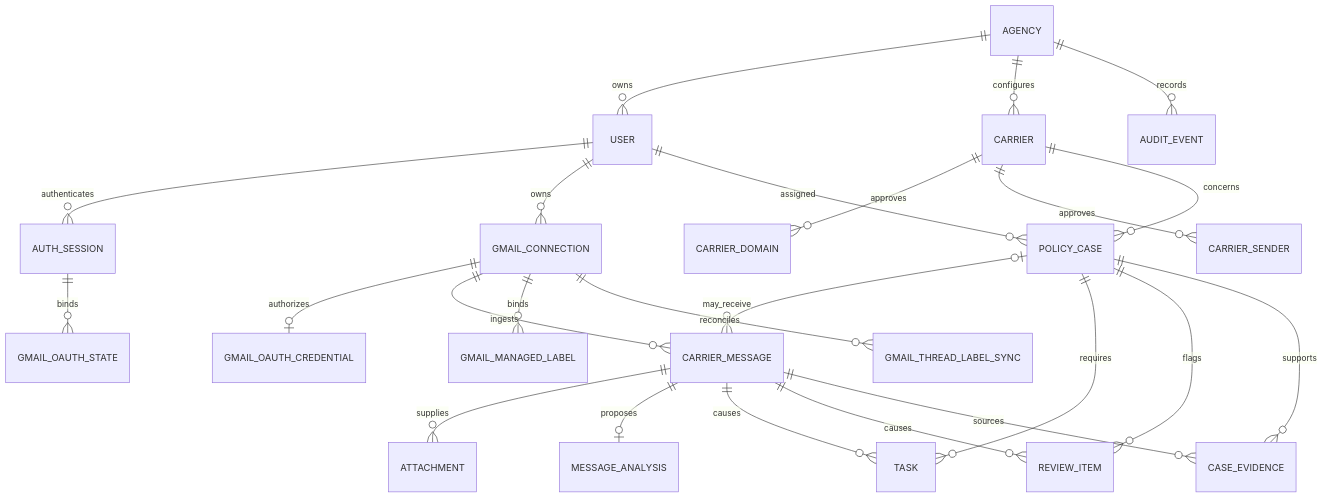
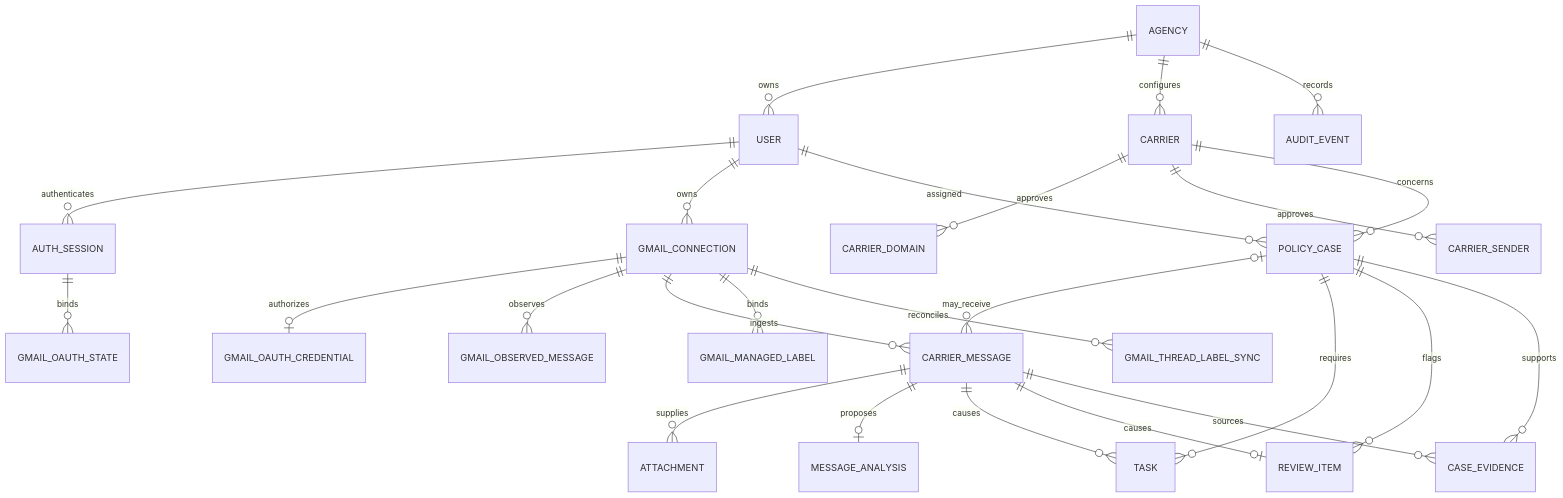
The diagram in docs/data-model.md (erireqica/carrier-intelligence-hub), drawn with Mermaid before and after one commit. The commit also changed other lines of this file and 4 other files, not shown here.

````diff
--- a/docs/data-model.md
+++ b/docs/data-model.md
@@ -31,26 +32,27 @@
 ```mermaid
 erDiagram
     AGENCY ||--o{ USER : owns
     USER ||--o{ AUTH_SESSION : authenticates
     AGENCY ||--o{ CARRIER : configures
     CARRIER ||--o{ CARRIER_DOMAIN : approves
     CARRIER ||--o{ CARRIER_SENDER : approves
     USER ||--o{ GMAIL_CONNECTION : owns
     GMAIL_CONNECTION ||--o| GMAIL_OAUTH_CREDENTIAL : authorizes
+    GMAIL_CONNECTION ||--o{ GMAIL_OBSERVED_MESSAGE : observes
     AUTH_SESSION ||--o{ GMAIL_OAUTH_STATE : binds
     CARRIER ||--o{ POLICY_CASE : concerns
     USER ||--o{ POLICY_CASE : assigned
     POLICY_CASE o|--o{ CARRIER_MESSAGE : may_receive
     GMAIL_CONNECTION ||--o{ CARRIER_MESSAGE : ingests
     GMAIL_CONNECTION ||--o{ GMAIL_MANAGED_LABEL : binds
     GMAIL_CONNECTION ||--o{ GMAIL_THREAD_LABEL_SYNC : reconciles
     CARRIER_MESSAGE ||--o{ ATTACHMENT : supplies
     CARRIER_MESSAGE ||--o| MESSAGE_ANALYSIS : proposes
     POLICY_CASE ||--o{ TASK : requires
     CARRIER_MESSAGE ||--o{ TASK : causes
     POLICY_CASE ||--o{ REVIEW_ITEM : flags
-    CARRIER_MESSAGE ||--o{ REVIEW_ITEM : causes
+    CARRIER_MESSAGE ||--o| REVIEW_ITEM : causes
     POLICY_CASE ||--o{ CASE_EVIDENCE : supports
     CARRIER_MESSAGE ||--o{ CASE_EVIDENCE : sources
     AGENCY ||--o{ AUDIT_EVENT : records
 ```
````
